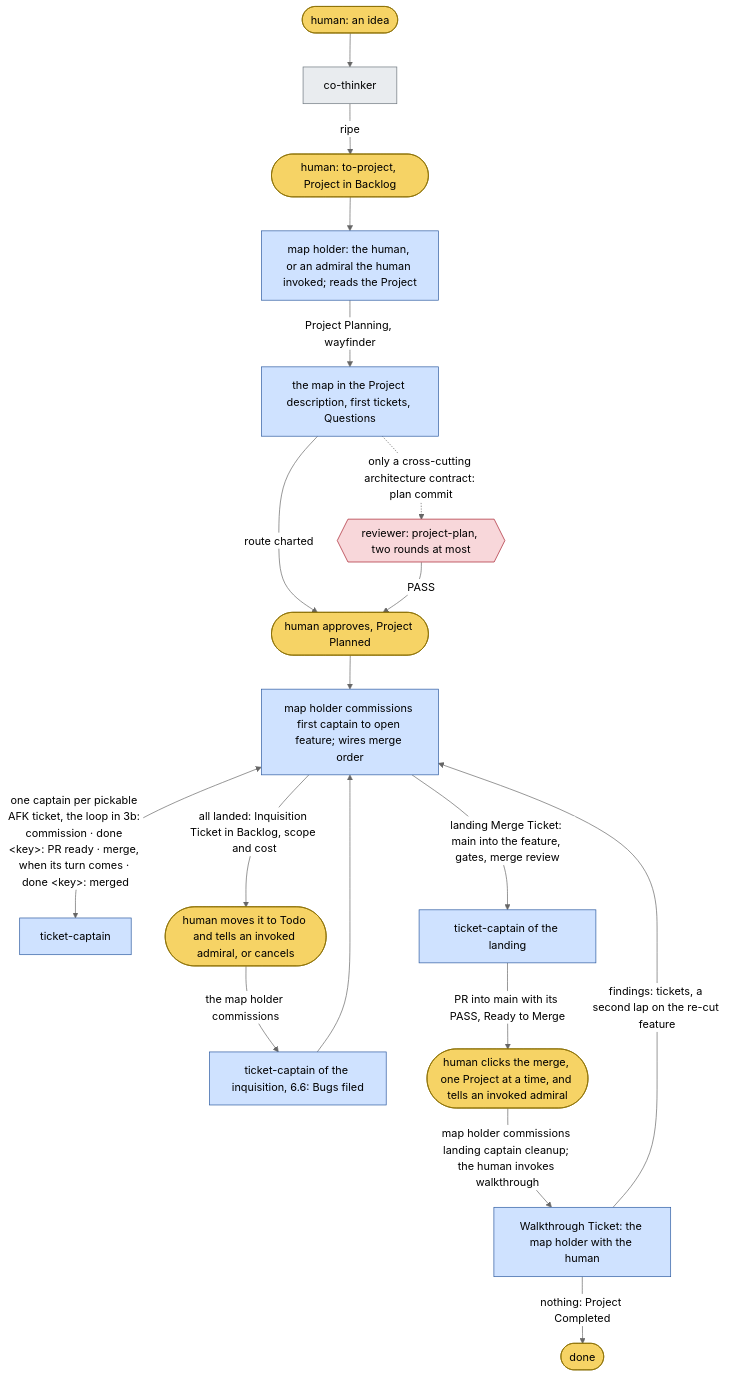
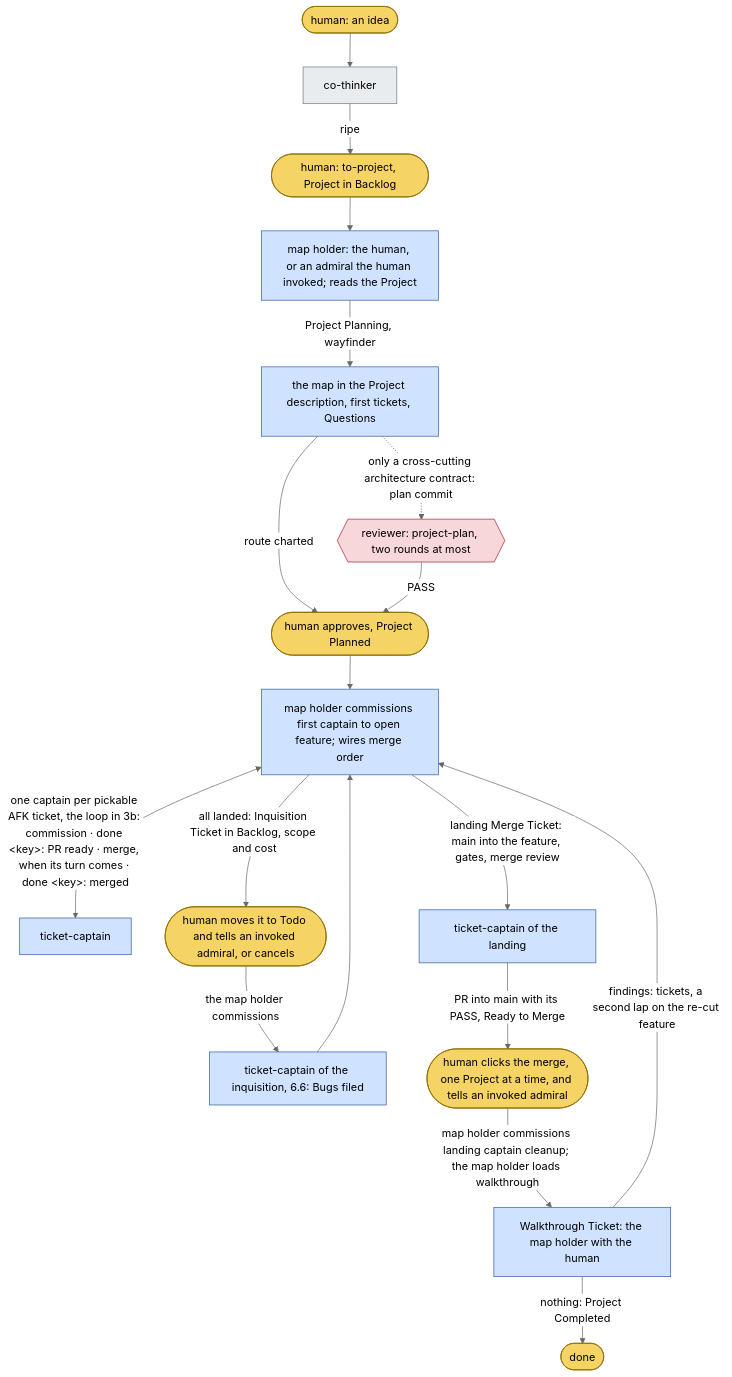
The first of 12 diagrams in dydo/understand/control-flow.md (bodnarbalazs/dydo), drawn with Mermaid (neutral theme) before and after one commit. The commit also changed other lines of this file and 3 other files, not shown here.

Commit message:
DYD-363 implement: admiral loads walkthrough itself

````diff
--- a/dydo/understand/control-flow.md
+++ b/dydo/understand/control-flow.md
@@ -124,26 +124,26 @@
 ```mermaid
 flowchart TD
   classDef human fill:#f6d365,stroke:#8a6d00,color:#000
   classDef session fill:#e9ecef,stroke:#6c757d,color:#000
   classDef officer fill:#cfe2ff,stroke:#2c5aa0,color:#000
   classDef crew fill:#d4edda,stroke:#2e7d32,color:#000
   classDef reviewer fill:#f8d7da,stroke:#a71d2a,color:#000
 
   H0([human: an idea]):::human --> CT[co-thinker]:::session
   CT -->|ripe| TP([human: to-project, Project in Backlog]):::human
   TP --> AD[map holder: the human, or an admiral the human invoked; reads the Project]:::officer
   AD -->|Project Planning, wayfinder| MAP[the map in the Project description, first tickets, Questions]:::officer
   MAP -.->|only a cross-cutting architecture contract: plan commit| RP{{reviewer: project-plan, two rounds at most}}:::reviewer
   MAP -->|route charted| H1([human approves, Project Planned]):::human
   RP -->|PASS| H1
   H1 --> OP[map holder commissions first captain to open feature; wires merge order]:::officer
   OP <-->|"one captain per pickable AFK ticket, the loop in 3b: commission · done &lt;key&gt;: PR ready · merge, when its turn comes · done &lt;key&gt;: merged"| IC[ticket-captain]:::officer
   OP -->|all landed: Inquisition Ticket in Backlog, scope and cost| H2([human moves it to Todo and tells an invoked admiral, or cancels]):::human
   H2 -->|the map holder commissions| IQ[ticket-captain of the inquisition, 6.6: Bugs filed]:::officer
   IQ --> OP
   OP -->|landing Merge Ticket: main into the feature, gates, merge review| LM[ticket-captain of the landing]:::officer
   LM -->|PR into main with its PASS, Ready to Merge| H3([human clicks the merge, one Project at a time, and tells an invoked admiral]):::human
-  H3 -->|map holder commissions landing captain cleanup; the human invokes walkthrough| WT[Walkthrough Ticket: the map holder with the human]:::officer
+  H3 -->|map holder commissions landing captain cleanup; the map holder loads walkthrough| WT[Walkthrough Ticket: the map holder with the human]:::officer
   WT -->|findings: tickets, a second lap on the re-cut feature| OP
   WT -->|nothing: Project Completed| END([done]):::human
 ```
````
